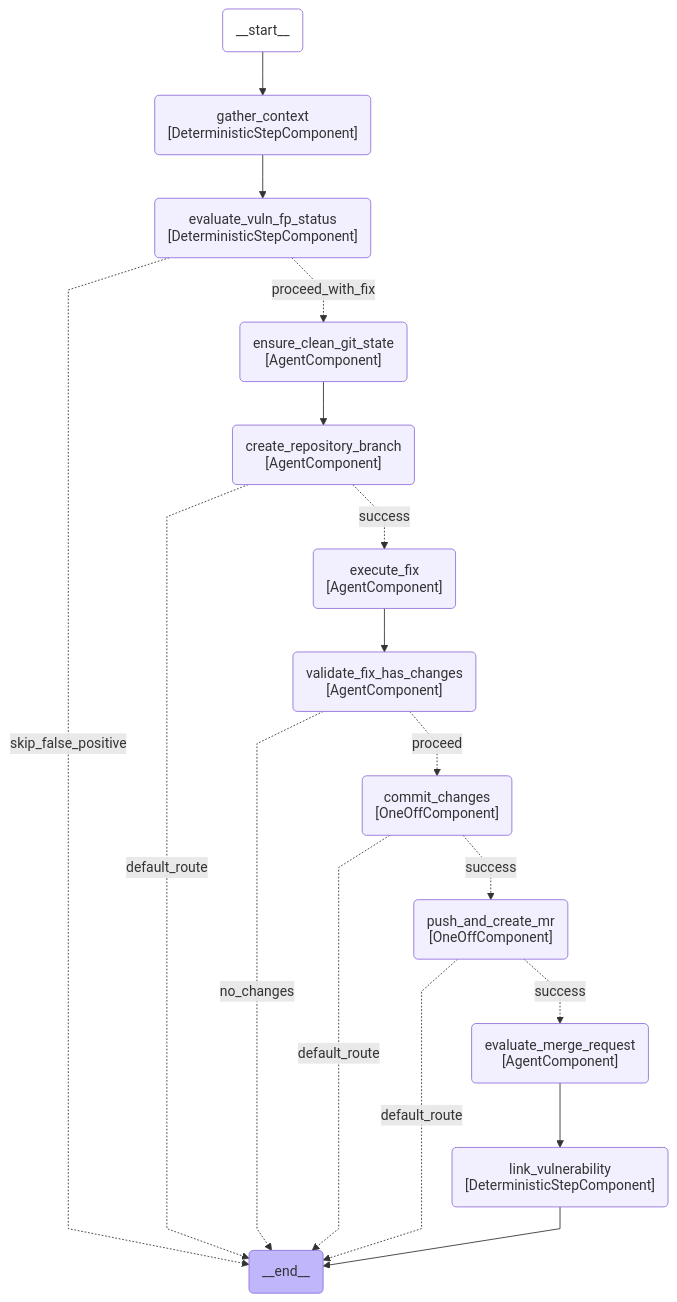
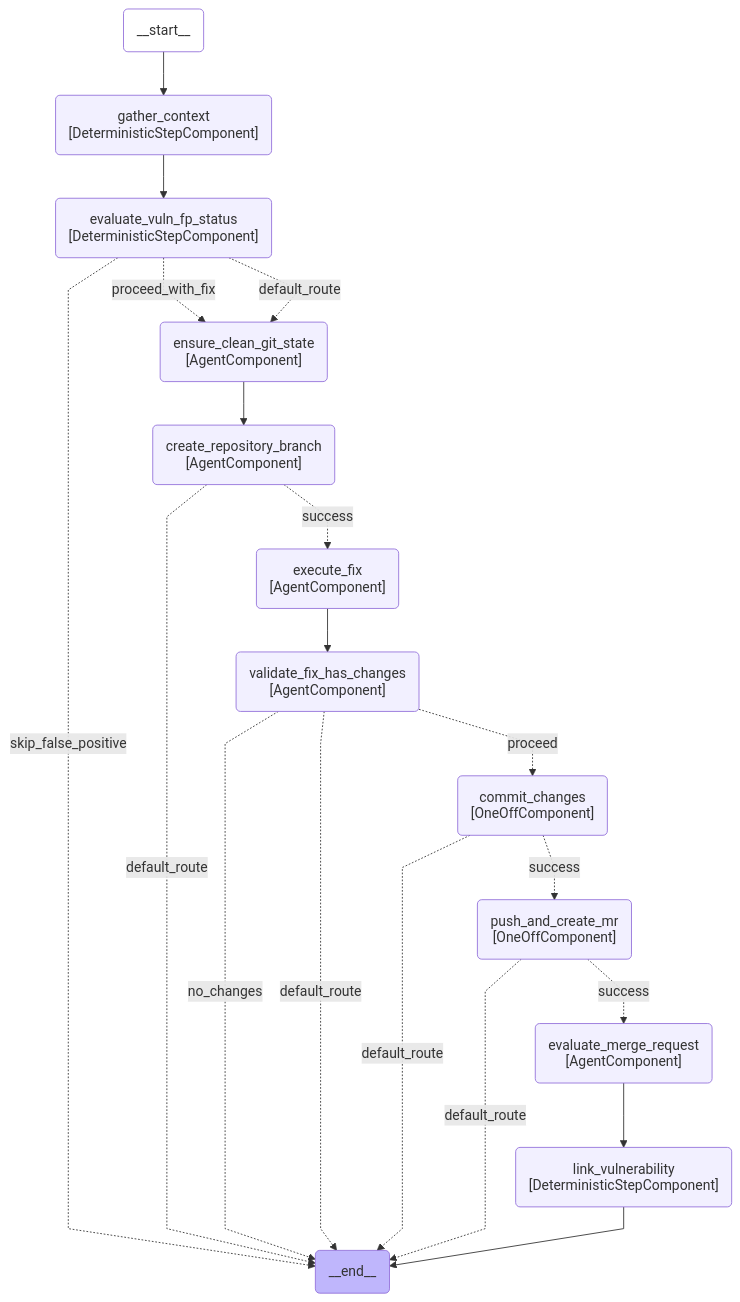
One commit to movax01h/ai-gateway changed diagram 23 of 28 in docs/duo_workflow_service_graphs.md. Above: the diagram before and after it, drawn with Mermaid. The commit also changed 2 other files, not shown here.

Commit message:
fix(agent-platform): nest default_route inside routes in resolve_sast_vulnerability flow

````diff
--- a/docs/duo_workflow_service_graphs.md
+++ b/docs/duo_workflow_service_graphs.md
@@ -648,39 +648,41 @@
 ```mermaid
 ---
 config:
     flowchart:
         curve: linear
 ---
 graph TD;
     __start__(__start__):::first;
     __end__(__end__):::last;
     __start__ --> gather_context;
     gather_context(gather_context<br>#91;DeterministicStepComponent#93;);
     evaluate_vuln_fp_status(evaluate_vuln_fp_status<br>#91;DeterministicStepComponent#93;);
     ensure_clean_git_state(ensure_clean_git_state<br>#91;AgentComponent#93;);
     create_repository_branch(create_repository_branch<br>#91;AgentComponent#93;);
     execute_fix(execute_fix<br>#91;AgentComponent#93;);
     validate_fix_has_changes(validate_fix_has_changes<br>#91;AgentComponent#93;);
     commit_changes(commit_changes<br>#91;OneOffComponent#93;);
     push_and_create_mr(push_and_create_mr<br>#91;OneOffComponent#93;);
     link_vulnerability(link_vulnerability<br>#91;DeterministicStepComponent#93;);
     evaluate_merge_request(evaluate_merge_request<br>#91;AgentComponent#93;);
     gather_context --> evaluate_vuln_fp_status;
     evaluate_vuln_fp_status -.->|skip_false_positive| __end__;
     evaluate_vuln_fp_status -.->|proceed_with_fix| ensure_clean_git_state;
+    evaluate_vuln_fp_status -.->|default_route| ensure_clean_git_state;
     ensure_clean_git_state --> create_repository_branch;
     create_repository_branch -.->|success| execute_fix;
     create_repository_branch -.->|default_route| __end__;
     execute_fix --> validate_fix_has_changes;
     validate_fix_has_changes -.->|proceed| commit_changes;
     validate_fix_has_changes -.->|no_changes| __end__;
+    validate_fix_has_changes -.->|default_route| __end__;
     commit_changes -.->|success| push_and_create_mr;
     commit_changes -.->|default_route| __end__;
     push_and_create_mr -.->|success| evaluate_merge_request;
     push_and_create_mr -.->|default_route| __end__;
     evaluate_merge_request --> link_vulnerability;
     link_vulnerability --> __end__;
     classDef default fill:#f2f0ff,line-height:1.2;
     classDef first fill-opacity:0;
     classDef last fill:#bfb6fc;
 ```
````
